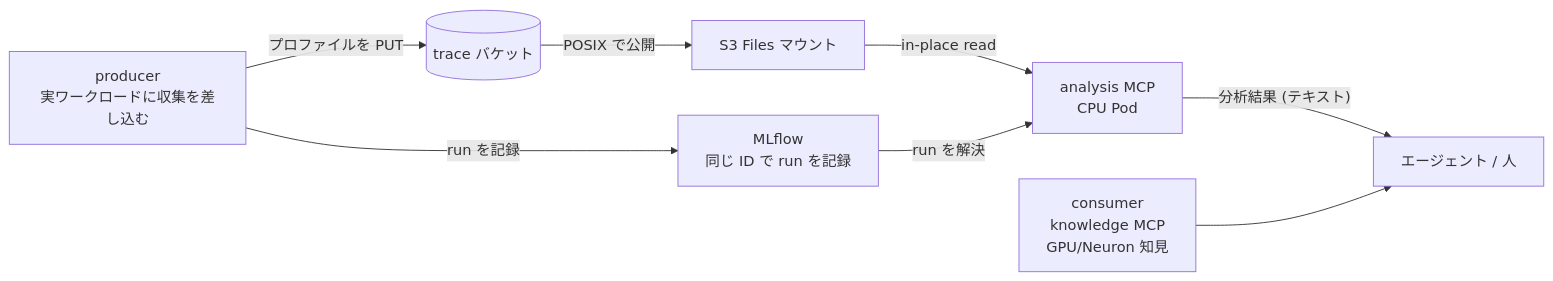
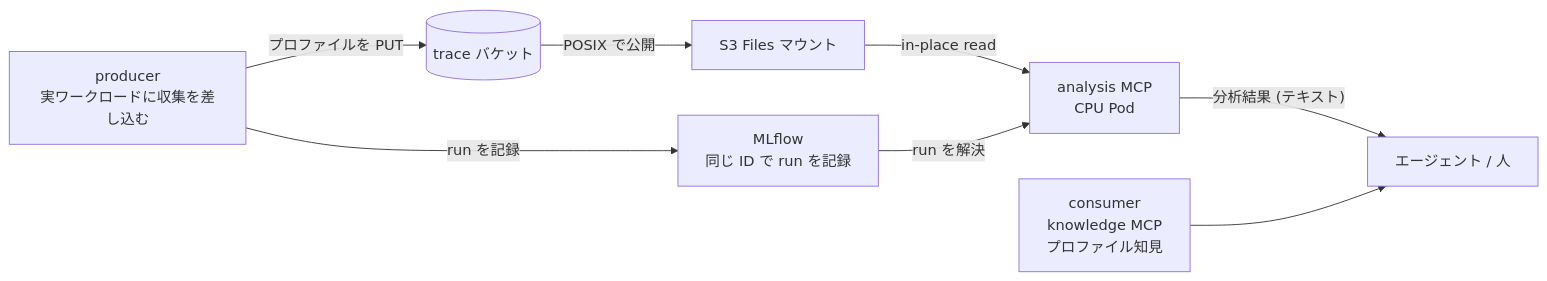
The diagram in articles/8ab01bc40f627a.md (littlemex/zenn), drawn with Mermaid before and after one commit. The commit also changed other lines of this file, not shown here.

````diff
--- a/articles/8ab01bc40f627a.md
+++ b/articles/8ab01bc40f627a.md
@@ -19,10 +19,10 @@
 ```mermaid
 flowchart LR
     P["producer<br/>実ワークロードに収集を差し込む"] -->|"プロファイルを PUT"| B[("trace バケット")]
     P -->|"run を記録"| M["MLflow<br/>同じ ID で run を記録"]
     B -->|"POSIX で公開"| S["S3 Files マウント"]
     S -->|"in-place read"| A["analysis MCP<br/>CPU Pod"]
     M -->|"run を解決"| A
     A -->|"分析結果 (テキスト)"| U["エージェント / 人"]
-    K["consumer<br/>knowledge MCP<br/>GPU/Neuron 知見"] --> U
+    K["consumer<br/>knowledge MCP<br/>プロファイル知見"] --> U
 ```
````
